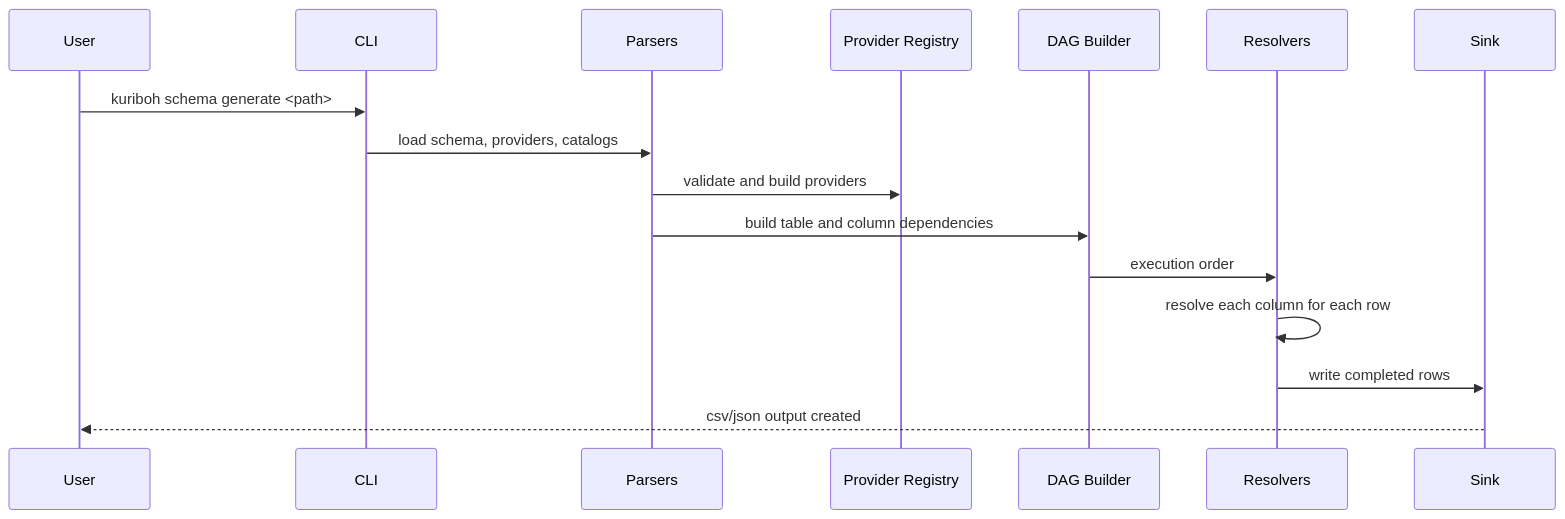
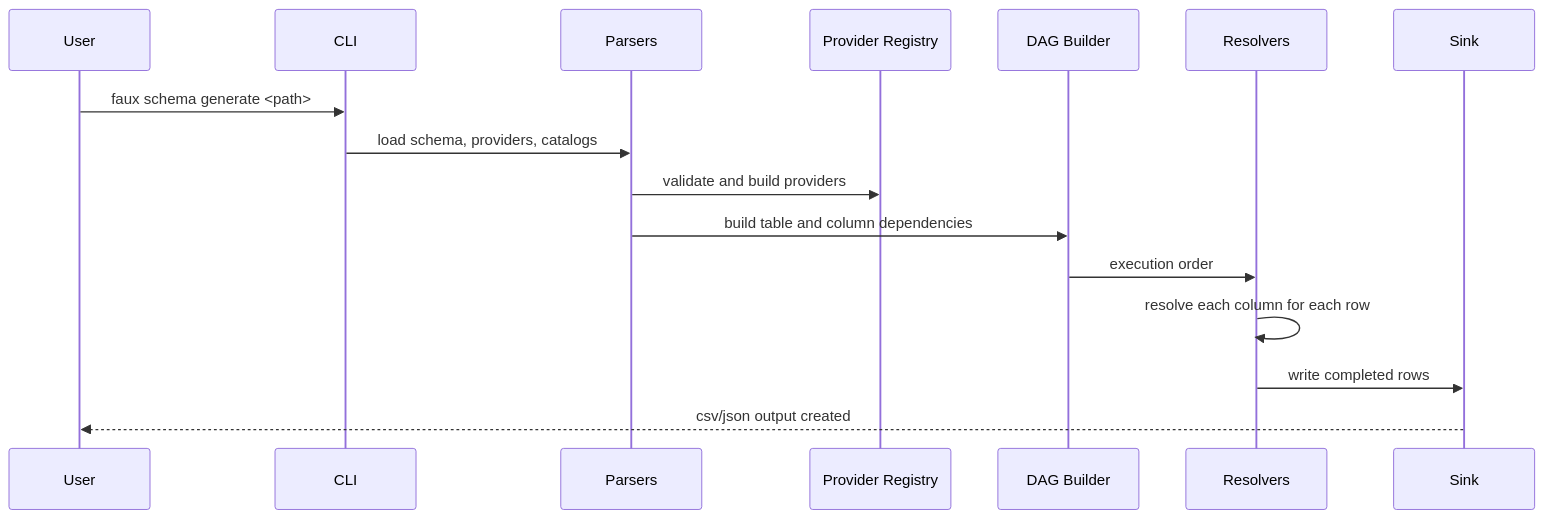
The diagram in docs/architecture/generation-flow.md (leminkhoa/faux-db), drawn with Mermaid before and after one commit. The commit also changed other lines of this file and 111 other files, not shown here.

Commit message:
feat: rename kuriboh to faux-db

```diff
--- a/docs/architecture/generation-flow.md
+++ b/docs/architecture/generation-flow.md
@@ -11,19 +11,19 @@
 <div class="mermaid">
 sequenceDiagram
     participant U as User
     participant C as CLI
     participant P as Parsers
     participant R as Provider Registry
     participant D as DAG Builder
     participant X as Resolvers
     participant S as Sink
 
-    U->>C: kuriboh schema generate &lt;path&gt;
+    U->>C: faux schema generate &lt;path&gt;
     C->>P: load schema, providers, catalogs
     P->>R: validate and build providers
     P->>D: build table and column dependencies
     D->>X: execution order
     X->>X: resolve each column for each row
     X->>S: write completed rows
     S-->>U: csv/json output created
 </div>
```
